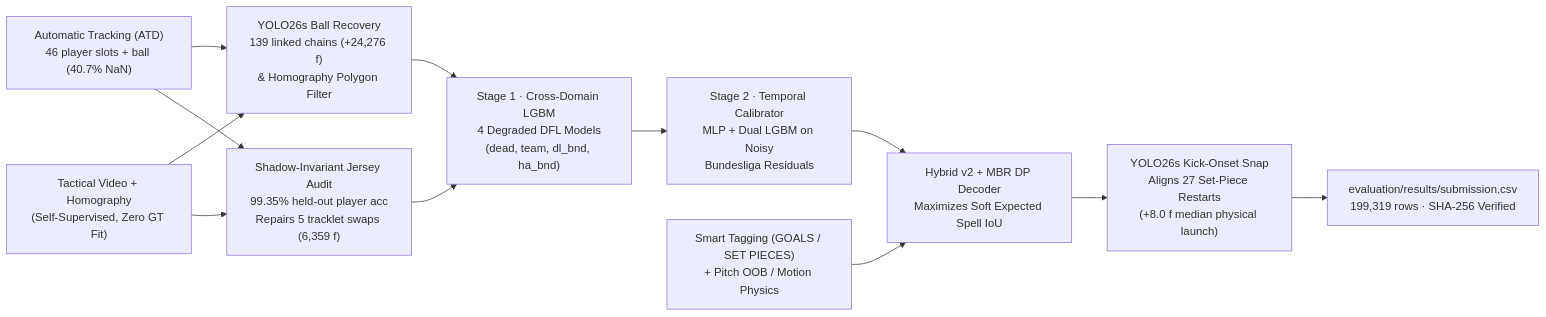
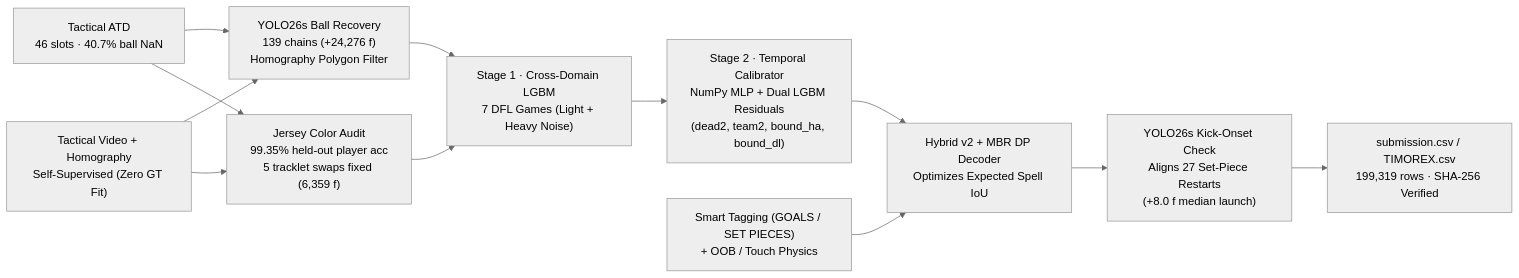
The diagram in README.md (kelekers/barcelona), drawn with Mermaid before and after one commit. The commit also changed other lines of this file and 5 other files, not shown here.

````diff
--- a/README.md
+++ b/README.md
@@ -61,14 +46,15 @@
 ```mermaid
+%%{init: {'theme': 'neutral'}}%%
 flowchart LR
-    ATD["Automatic Tracking (ATD)<br/>46 player slots + ball (40.7% NaN)"] --> CV1["YOLO26s Ball Recovery<br/>139 linked chains (+24,276 f)<br/>& Homography Polygon Filter"]
-    VID["Tactical Video + Homography<br/>(Self-Supervised, Zero GT Fit)"] --> CV1
-    VID --> CV2["Shadow-Invariant Jersey Audit<br/>99.35% held-out player acc<br/>Repairs 5 tracklet swaps (6,359 f)"]
+    ATD["Tactical ATD<br/>46 slots · 40.7% ball NaN"] --> CV1["YOLO26s Ball Recovery<br/>139 chains (+24,276 f)<br/>Homography Polygon Filter"]
+    VID["Tactical Video + Homography<br/>Self-Supervised (Zero GT Fit)"] --> CV1
+    VID --> CV2["Jersey Color Audit<br/>99.35% held-out player acc<br/>5 tracklet swaps fixed (6,359 f)"]
     ATD --> CV2
-    CV1 --> S1["Stage 1 · Cross-Domain LGBM<br/>4 Degraded DFL Models<br/>(dead, team, dl_bnd, ha_bnd)"]
+    CV1 --> S1["Stage 1 · Cross-Domain LGBM<br/>7 DFL Games (Light + Heavy Noise)"]
     CV2 --> S1
-    S1 --> S2["Stage 2 · Temporal Calibrator<br/>MLP + Dual LGBM on Noisy<br/>Bundesliga Residuals"]
-    TAG["Smart Tagging (GOALS / SET PIECES)<br/>+ Pitch OOB / Motion Physics"] --> MBR["Hybrid v2 + MBR DP Decoder<br/>Maximizes Soft Expected Spell IoU"]
+    S1 --> S2["Stage 2 · Temporal Calibrator<br/>NumPy MLP + Dual LGBM Residuals<br/>(dead2, team2, bound_ha, bound_dl)"]
+    TAG["Smart Tagging (GOALS / SET PIECES)<br/>+ OOB / Touch Physics"] --> MBR["Hybrid v2 + MBR DP Decoder<br/>Optimizes Expected Spell IoU"]
     S2 --> MBR
-    MBR --> KICK["YOLO26s Kick-Onset Snap<br/>Aligns 27 Set-Piece Restarts<br/>(+8.0 f median physical launch)"]
-    KICK --> CSV["evaluation/results/submission.csv<br/>199,319 rows · SHA-256 Verified"]
+    MBR --> KICK["YOLO26s Kick-Onset Check<br/>Aligns 27 Set-Piece Restarts<br/>(+8.0 f median launch)"]
+    KICK --> CSV["submission.csv / TIMOREX.csv<br/>199,319 rows · SHA-256 Verified"]
 ```
````
